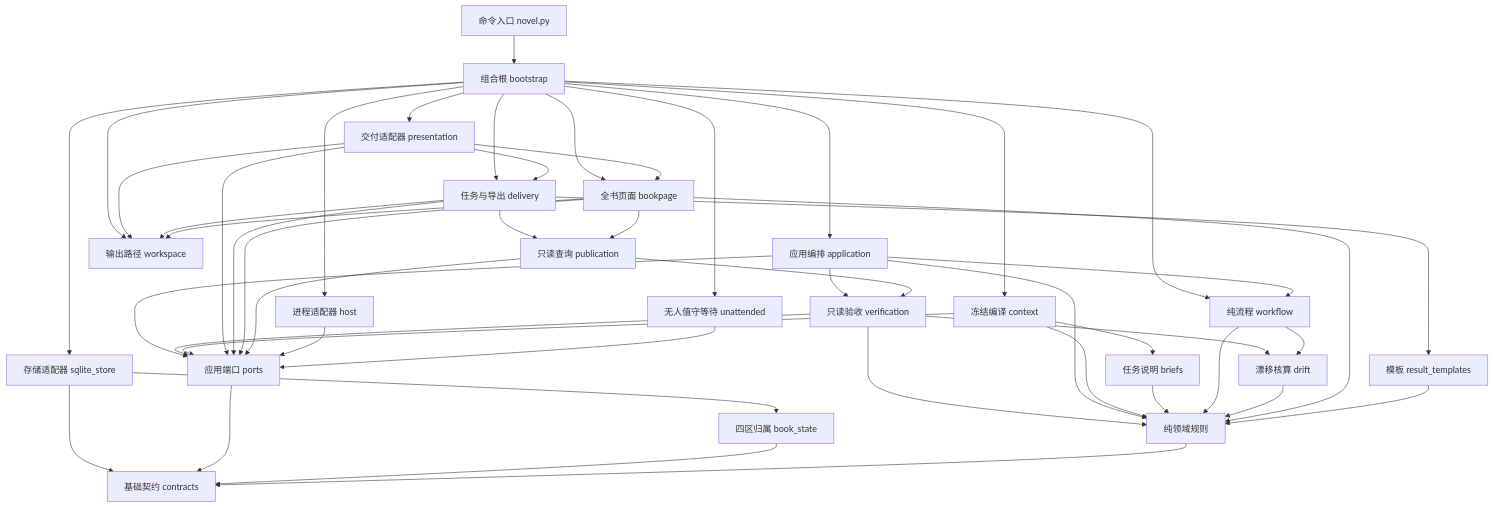
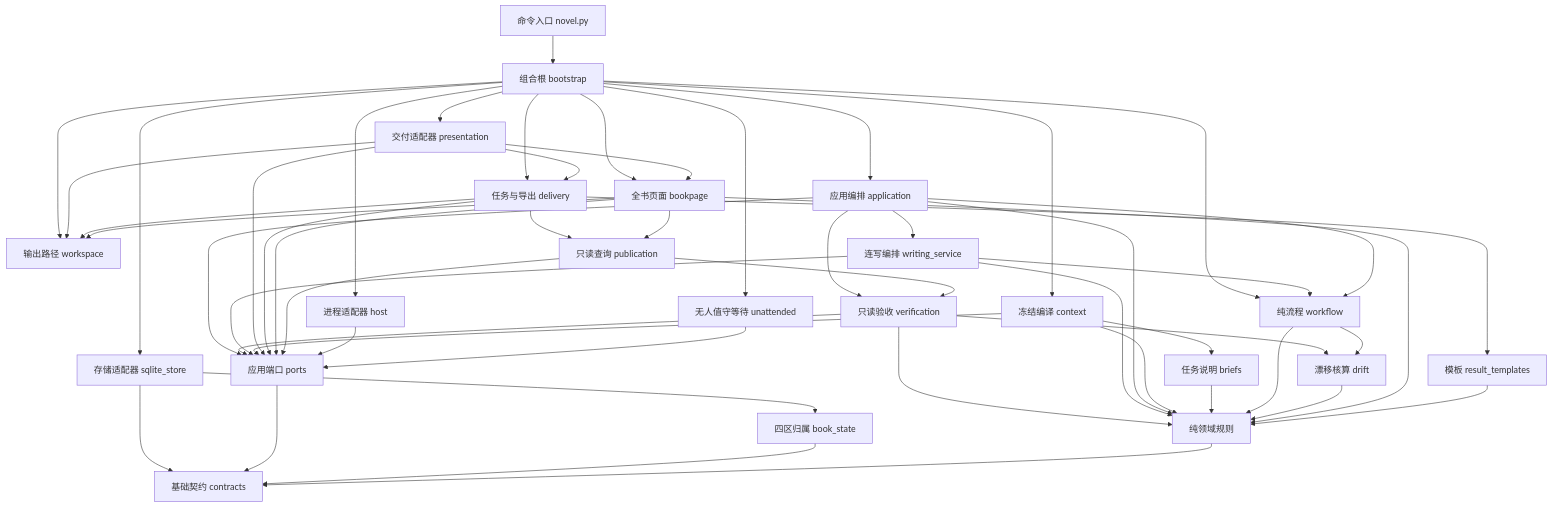
One commit to longwenid/novel-ledger changed the diagram in README.md. Above: the diagram before and after it, drawn with Mermaid. The commit also changed other lines of this file and 26 other files, not shown here.

````diff
--- a/README.md
+++ b/README.md
@@ -19,50 +21,54 @@
 ```mermaid
 flowchart TD
     CLI[命令入口 novel.py] --> BOOT[组合根 bootstrap]
     BOOT --> APP[应用编排 application]
     BOOT --> CTX[冻结编译 context]
     BOOT --> VIEW[交付适配器 presentation]
     BOOT --> SQL[存储适配器 sqlite_store]
     BOOT --> HOST[进程适配器 host]
     BOOT --> WATCH[无人值守等待 unattended]
     BOOT --> DEL
     BOOT --> PAGE
     BOOT --> WF
     BOOT --> WS[输出路径 workspace]
     APP --> PORT[应用端口 ports]
     APP --> VERIFY[只读验收 verification]
     VERIFY --> PORT
     VERIFY --> DOMAIN
     VERIFY --> DRIFT
+    APP --> WRITE[连写编排 writing_service]
+    WRITE --> PORT
+    WRITE --> WF
+    WRITE --> DOMAIN
     APP --> WF[纯流程 workflow]
     APP --> DOMAIN[纯领域规则]
     CTX --> PORT
     CTX --> DOMAIN
     CTX --> BRIEF[任务说明 briefs]
     BRIEF --> DOMAIN
     WF --> DOMAIN
     WF --> DRIFT[漂移核算 drift]
     DRIFT --> DOMAIN
     VIEW --> PORT
     VIEW --> DEL[任务与导出 delivery]
     VIEW --> PAGE[全书页面 bookpage]
     VIEW --> WS
     DEL --> PORT
     DEL --> PUB[只读查询 publication]
     DEL --> TPL[模板 result_templates]
     DEL --> WS
     PAGE --> PORT
     PAGE --> PUB
     PAGE --> DOMAIN
     PAGE --> WS
     TPL --> DOMAIN
     PUB --> PORT
     PUB --> VERIFY
     SQL --> BS[四区归属 book_state]
     SQL --> C[基础契约 contracts]
     HOST --> PORT
     WATCH --> PORT
     PORT --> C
     BS --> C
     DOMAIN --> C
 ```
````
